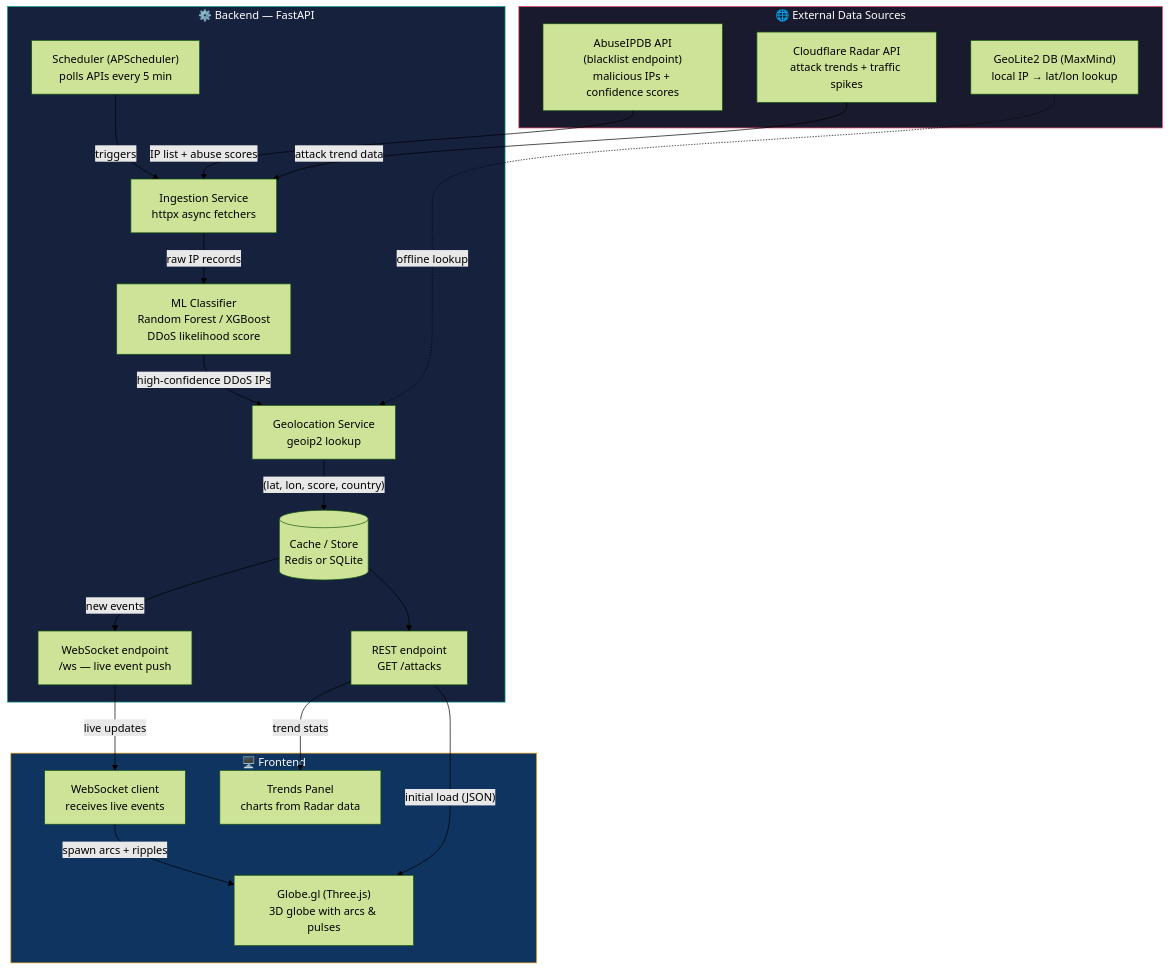
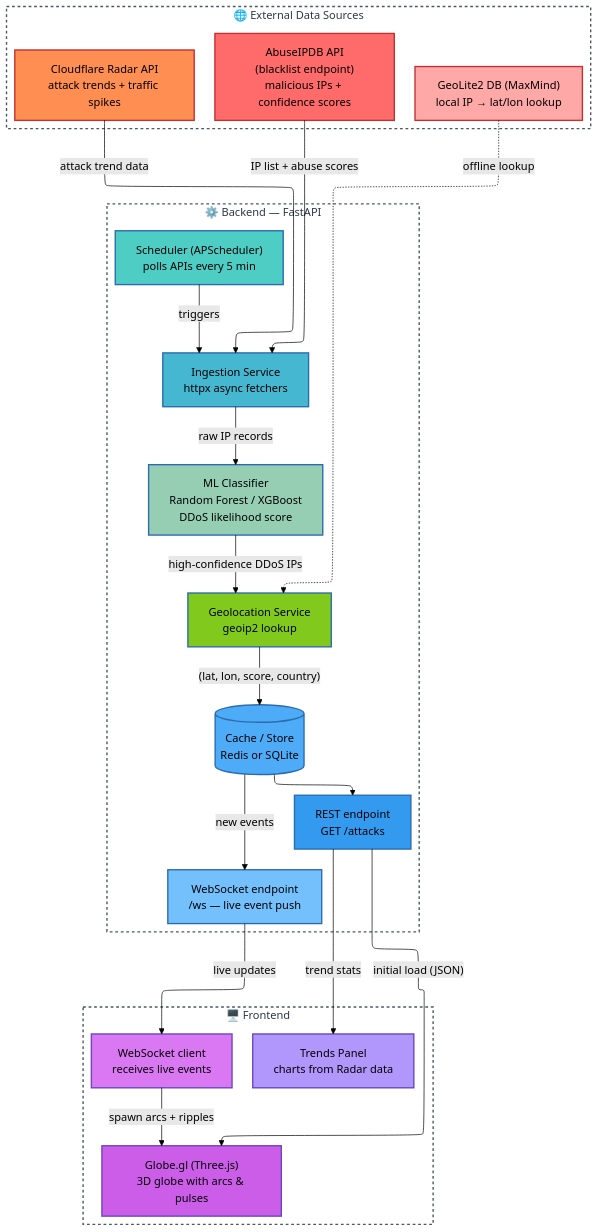
One commit to ahmedyar7/NetFlare changed the diagram in README.md. Above: the diagram before and after it, drawn with Mermaid (forest theme). The commit also changed other lines of this file, not shown here.

Commit message:
making some minro

````diff
--- a/README.md
+++ b/README.md
@@ -47,44 +50,58 @@
 ```mermaid
 ---
 config:
-  layout: dagre
+  layout: elk
 ---
 flowchart TB
- subgraph EXT["🌐 External Data Sources"]
+    subgraph EXT["🌐 External Data Sources"]
         A1["AbuseIPDB API<br>(blacklist endpoint)<br>malicious IPs + confidence scores"]
         A2["Cloudflare Radar API<br>attack trends + traffic spikes"]
         A3["GeoLite2 DB (MaxMind)<br>local IP → lat/lon lookup"]
-  end
- subgraph BE["⚙️ Backend — FastAPI"]
+    end
+
+    subgraph BE["⚙️ Backend — FastAPI"]
         B1["Scheduler (APScheduler)<br>polls APIs every 5 min"]
         B2["Ingestion Service<br>httpx async fetchers"]
         B3["ML Classifier<br>Random Forest / XGBoost<br>DDoS likelihood score"]
         B4["Geolocation Service<br>geoip2 lookup"]
         B5[("Cache / Store<br>Redis or SQLite")]
         B6["REST endpoint<br>GET /attacks"]
         B7["WebSocket endpoint<br>/ws — live event push"]
-  end
- subgraph FE["🖥️ Frontend"]
+    end
+
+    subgraph FE["🖥️ Frontend"]
         C1["Globe.gl (Three.js)<br>3D globe with arcs &amp; pulses"]
         C2["Trends Panel<br>charts from Radar data"]
         C3["WebSocket client<br>receives live events"]
-  end
-    A1 -- IP list + abuse scores --> B2
-    A2 -- attack trend data --> B2
-    B1 -- triggers --> B2
-    B2 -- raw IP records --> B3
+    end
+    A1 -- "IP list + abuse scores" --> B2
+    A2 -- "attack trend data" --> B2
+    B1 -- "triggers" --> B2
+    B2 -- "raw IP records" --> B3
     B3 -- "high-confidence DDoS IPs" --> B4
-    A3 -. offline lookup .-> B4
-    B4 -- (lat, lon, score, country) --> B5
+    A3 -. "offline lookup" .-> B4
+    B4 -- "(lat, lon, score, country)" --> B5
     B5 --> B6
-    B5 -- new events --> B7
-    B6 -- initial load (JSON) --> C1
-    B7 -- live updates --> C3
-    C3 -- spawn arcs + ripples --> C1
-    B6 -- trend stats --> C2
-
-    style EXT fill:#1a1a2e,stroke:#e94560,color:#fff
-    style BE fill:#16213e,stroke:#0f9b8e,color:#fff
-    style FE fill:#0f3460,stroke:#e9a319,color:#fff
+    B5 -- "new events" --> B7
+    B6 -- "initial load (JSON)" --> C1
+    B7 -- "live updates" --> C3
+    C3 -- "spawn arcs + ripples" --> C1
+    B6 -- "trend stats" --> C2
+    style EXT fill:none,stroke:#4A5568,stroke-width:2px,stroke-dasharray: 4 4,color:#2D3748
+    style BE fill:none,stroke:#4A5568,stroke-width:2px,stroke-dasharray: 4 4,color:#2D3748
+    style FE fill:none,stroke:#4A5568,stroke-width:2px,stroke-dasharray: 4 4,color:#2D3748
+    style A1 fill:#FF6B6B,stroke:#C53030,stroke-width:2px,color:#000000
+    style A2 fill:#FF8E53,stroke:#C53030,stroke-width:2px,color:#000000
+    style A3 fill:#FFA8A8,stroke:#C53030,stroke-width:2px,color:#000000
+    style B1 fill:#4ECDC4,stroke:#2B6CB0,stroke-width:2px,color:#000000
+    style B2 fill:#45B7D1,stroke:#2B6CB0,stroke-width:2px,color:#000000
+    style B3 fill:#96CEB4,stroke:#2B6CB0,stroke-width:2px,color:#000000
+    style B4 fill:#82C91E,stroke:#2B6CB0,stroke-width:2px,color:#000000
+    style B5 fill:#4DABF7,stroke:#2B6CB0,stroke-width:2px,color:#000000
+    style B6 fill:#339AF0,stroke:#2B6CB0,stroke-width:2px,color:#000000
+    style B7 fill:#74C0FC,stroke:#2B6CB0,stroke-width:2px,color:#000000
+    style C1 fill:#CC5DE8,stroke:#6B46C1,stroke-width:2px,color:#000000
+    style C2 fill:#B197FC,stroke:#6B46C1,stroke-width:2px,color:#000000
+    style C3 fill:#DA77F2,stroke:#6B46C1,stroke-width:2px,color:#000000 
 
 ```
````
